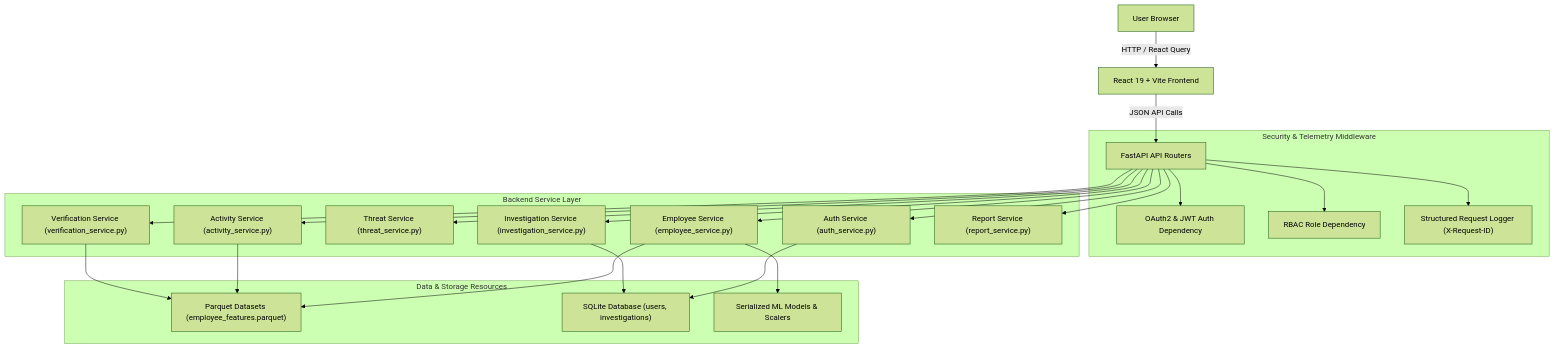
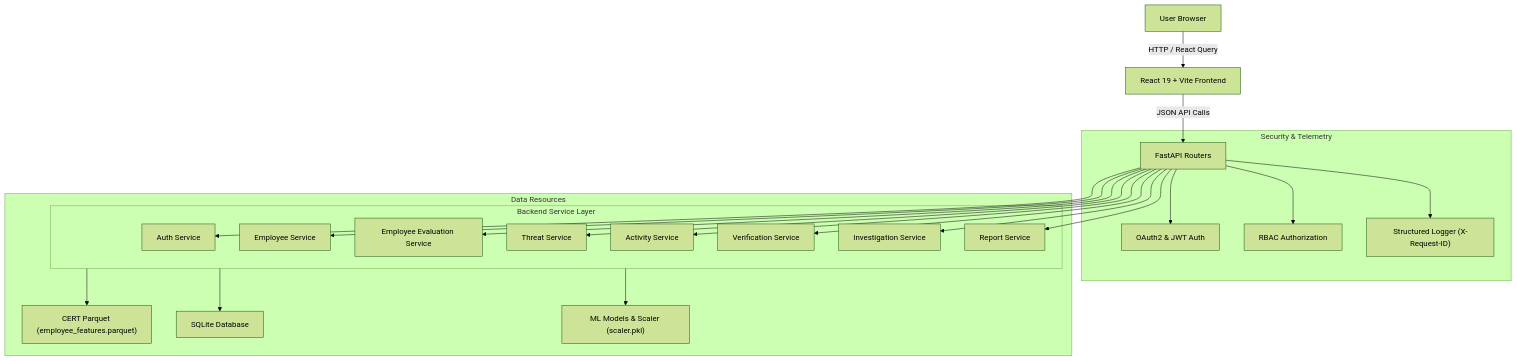
Before and after one commit to springboardmentor442n-coder/Insider-Threat-Behavioral-Intelligence-System: the second of 3 diagrams in README.md, drawn with Mermaid (forest theme). The commit also changed other lines of this file, not shown here.

````diff
--- a/README.md
+++ b/README.md
@@ -91,27 +63,28 @@
 ```mermaid
 flowchart TD
     User["User Browser"] -->|HTTP / React Query| UI["React 19 + Vite Frontend"]
-    UI -->|JSON API Calls| API["FastAPI API Routers"]
+    UI -->|JSON API Calls| API["FastAPI Routers"]
 
-    subgraph Middleware ["Security & Telemetry Middleware"]
-        API --> Auth["OAuth2 & JWT Auth Dependency"]
-        API --> RBAC["RBAC Role Dependency"]
-        API --> Log["Structured Request Logger (X-Request-ID)"]
+    subgraph Middleware ["Security & Telemetry"]
+        API --> Auth["OAuth2 & JWT Auth"]
+        API --> RBAC["RBAC Authorization"]
+        API --> Log["Structured Logger (X-Request-ID)"]
     end
 
-    subgraph ServiceLayer ["Backend Service Layer"]
-        API --> S_Auth["Auth Service (auth_service.py)"]
-        API --> S_Emp["Employee Service (employee_service.py)"]
-        API --> S_Threat["Threat Service (threat_service.py)"]
-        API --> S_Act["Activity Service (activity_service.py)"]
-        API --> S_Verif["Verification Service (verification_service.py)"]
-        API --> S_Inv["Investigation Service (investigation_service.py)"]
-        API --> S_Rep["Report Service (report_service.py)"]
+    subgraph Services ["Backend Service Layer"]
+        API --> S_Auth["Auth Service"]
+        API --> S_Emp["Employee Service"]
+        API --> S_Eval["Employee Evaluation Service"]
+        API --> S_Threat["Threat Service"]
+        API --> S_Act["Activity Service"]
+        API --> S_Verif["Verification Service"]
+        API --> S_Inv["Investigation Service"]
+        API --> S_Rep["Report Service"]
     end
 
-    subgraph DataLayer ["Data & Storage Resources"]
-        S_Emp & S_Act & S_Verif --> Parquet["Parquet Datasets (employee_features.parquet)"]
-        S_Auth & S_Inv --> DB["SQLite Database (users, investigations)"]
-        S_Emp --> Models["Serialized ML Models & Scalers"]
+    subgraph Storage ["Data Resources"]
+        Services --> Parquet["CERT Parquet (employee_features.parquet)"]
+        Services --> DB["SQLite Database"]
+        Services --> Models["ML Models & Scaler (scaler.pkl)"]
     end
 ```
````
